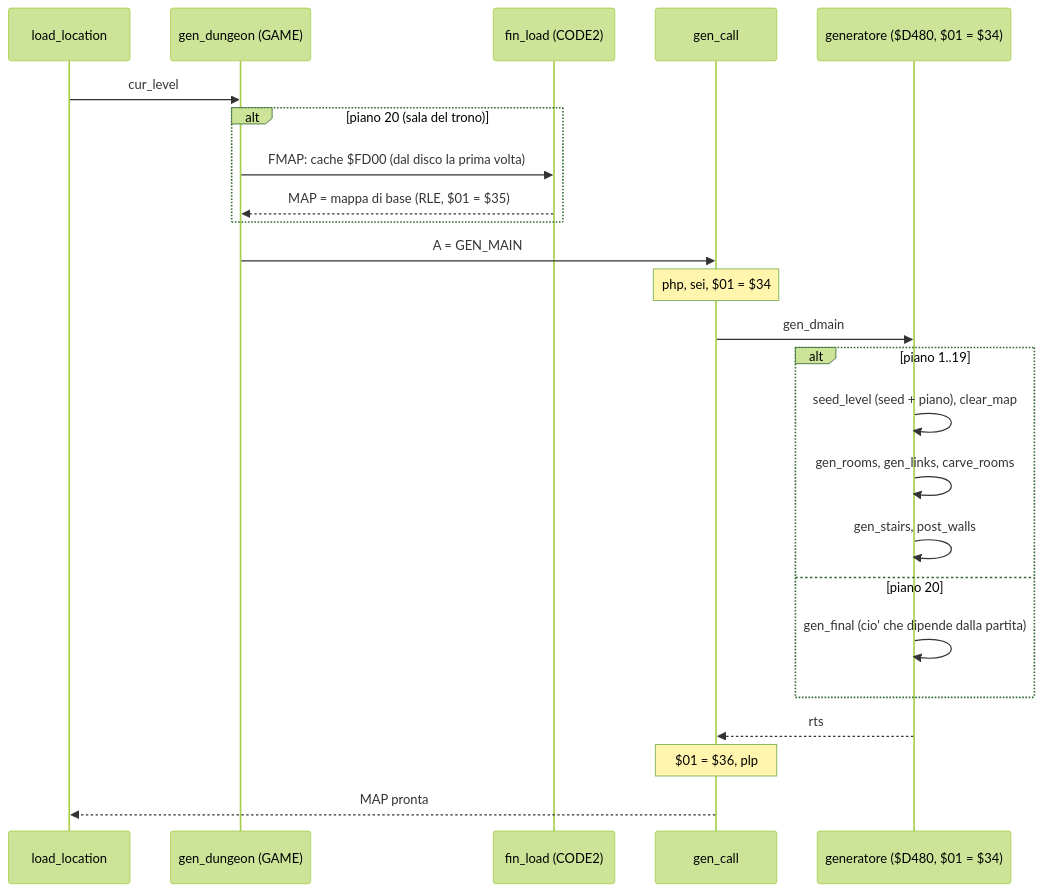
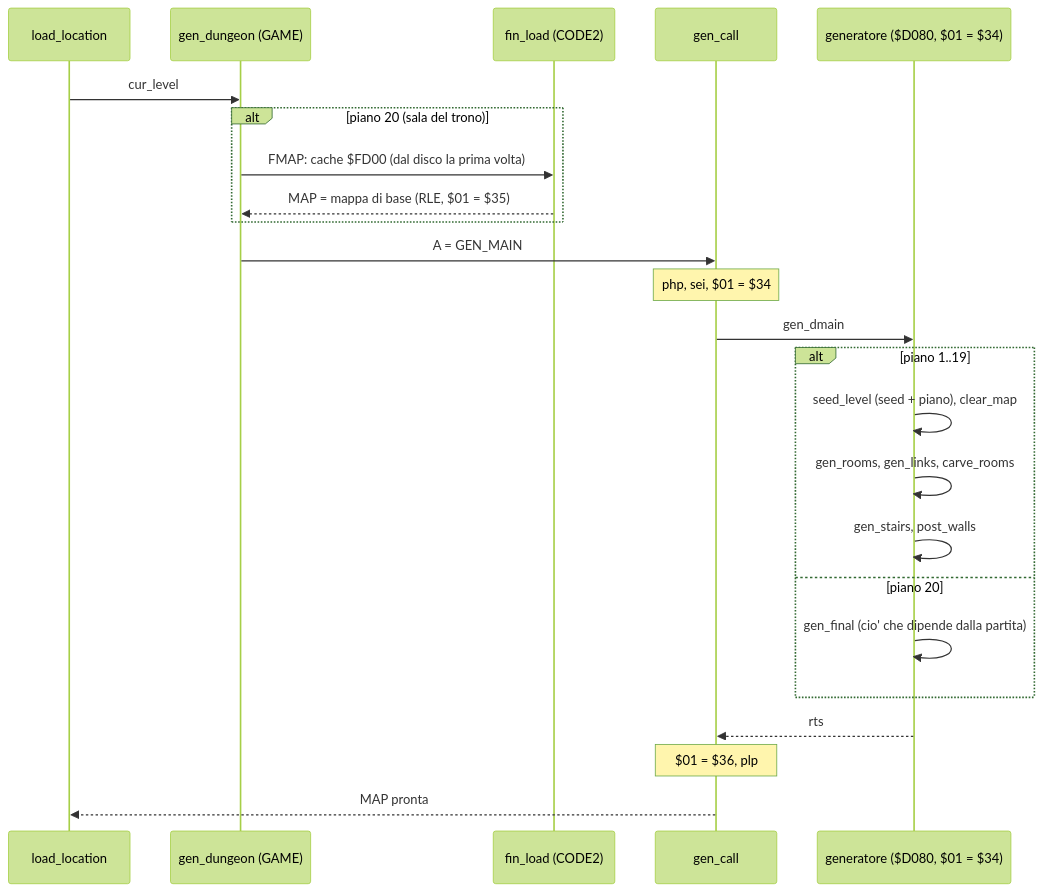
The eighth of 18 diagrams in docs/wiki/flussi.md (caporalesimone/barbarian-the-blood-path), drawn with Mermaid (forest theme) before and after one commit. The commit also changed other lines of this file and 23 other files, not shown here.

````diff
--- a/docs/wiki/flussi.md
+++ b/docs/wiki/flussi.md
@@ -199,26 +199,26 @@
 ```mermaid
 sequenceDiagram
     participant L as load_location
     participant D as gen_dungeon (GAME)
     participant F as fin_load (CODE2)
     participant C as gen_call
-    participant G as generatore ($D480, $01 = $34)
+    participant G as generatore ($D080, $01 = $34)
     L->>D: cur_level
     alt piano 20 (sala del trono)
         D->>F: FMAP: cache $FD00 (dal disco la prima volta)
         F-->>D: MAP = mappa di base (RLE, $01 = $35)
     end
     D->>C: A = GEN_MAIN
     Note over C: php, sei, $01 = $34
     C->>G: gen_dmain
     alt piano 1..19
         G->>G: seed_level (seed + piano), clear_map
         G->>G: gen_rooms, gen_links, carve_rooms
         G->>G: gen_stairs, post_walls
     else piano 20
         G->>G: gen_final (cio' che dipende dalla partita)
     end
     G-->>C: rts
     Note over C: $01 = $36, plp
     C-->>L: MAP pronta
 ```
````
